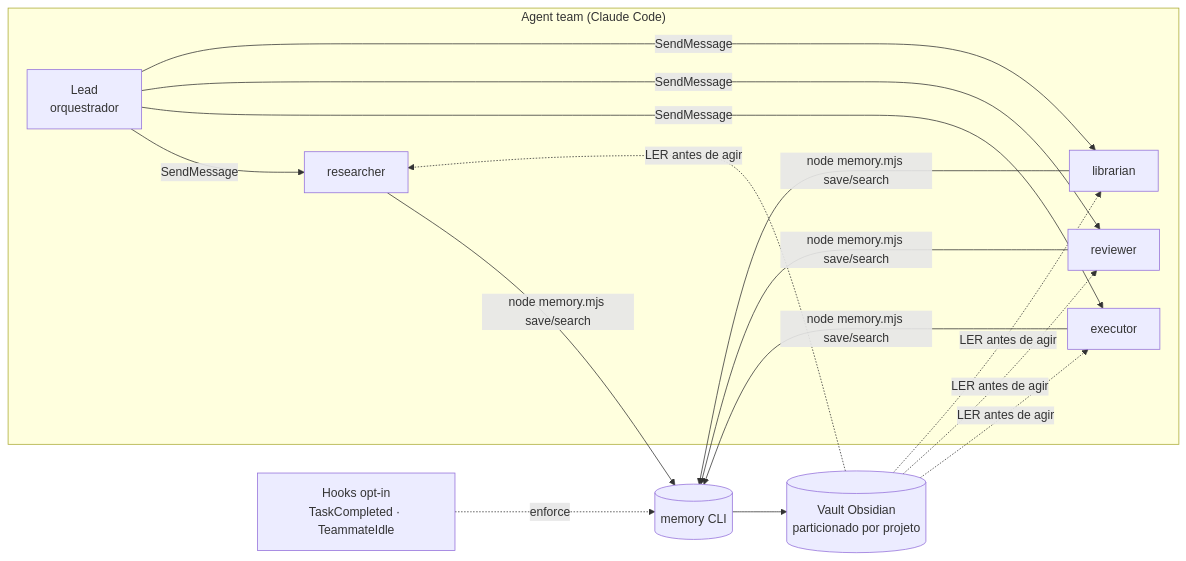
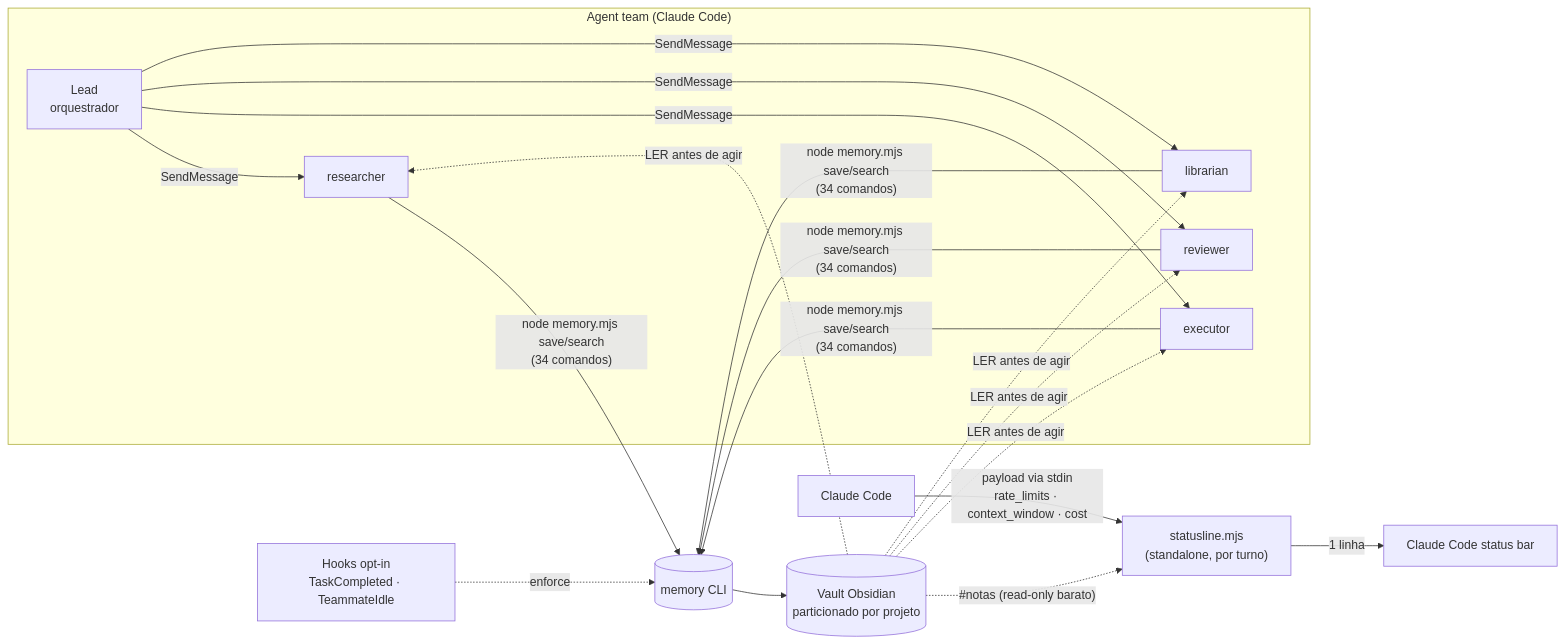
One commit to MatheusChiodi/AgentTeam-Memory changed the first of 3 diagrams in docs/ARCHITECTURE.md. Above: the diagram before and after it, drawn with Mermaid. The commit also changed other lines of this file and 28 other files, not shown here.

````diff
--- a/docs/ARCHITECTURE.md
+++ b/docs/ARCHITECTURE.md
@@ -34,15 +37,18 @@
 ```mermaid
 flowchart LR
   subgraph Team["Agent team (Claude Code)"]
     LEAD["Lead<br/>orquestrador"]
     T1["researcher"]
     T2["executor"]
     T3["reviewer"]
     T4["librarian"]
   end
   LEAD -->|SendMessage| T1 & T2 & T3 & T4
-  T1 & T2 & T3 & T4 -->|"node memory.mjs save/search"| CLI[("memory CLI")]
+  T1 & T2 & T3 & T4 -->|"node memory.mjs save/search<br/>(34 comandos)"| CLI[("memory CLI")]
   CLI --> VAULT[("Vault Obsidian<br/>particionado por projeto")]
   VAULT -.->|"LER antes de agir"| T1 & T2 & T3 & T4
   HOOKS["Hooks opt-in<br/>TaskCompleted · TeammateIdle"] -.->|enforce| CLI
+  CC["Claude Code"] -->|"payload via stdin<br/>rate_limits · context_window · cost"| SL["statusline.mjs<br/>(standalone, por turno)"]
+  VAULT -.->|"#notas (read-only barato)"| SL
+  SL -->|"1 linha"| BAR["Claude Code status bar"]
 ```
````
